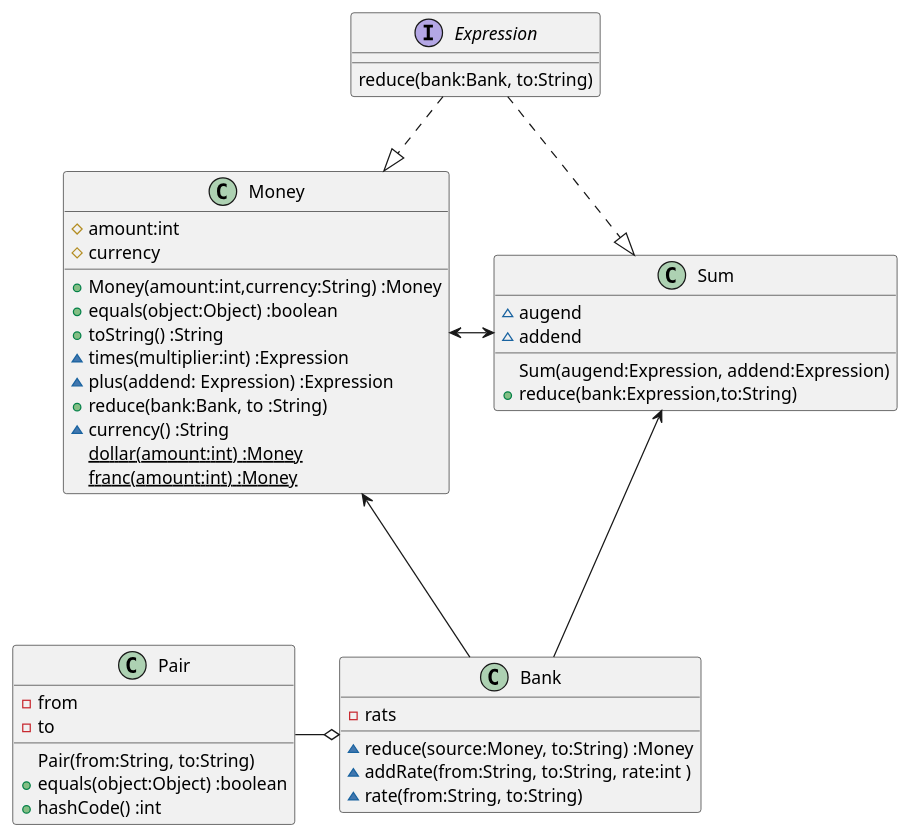
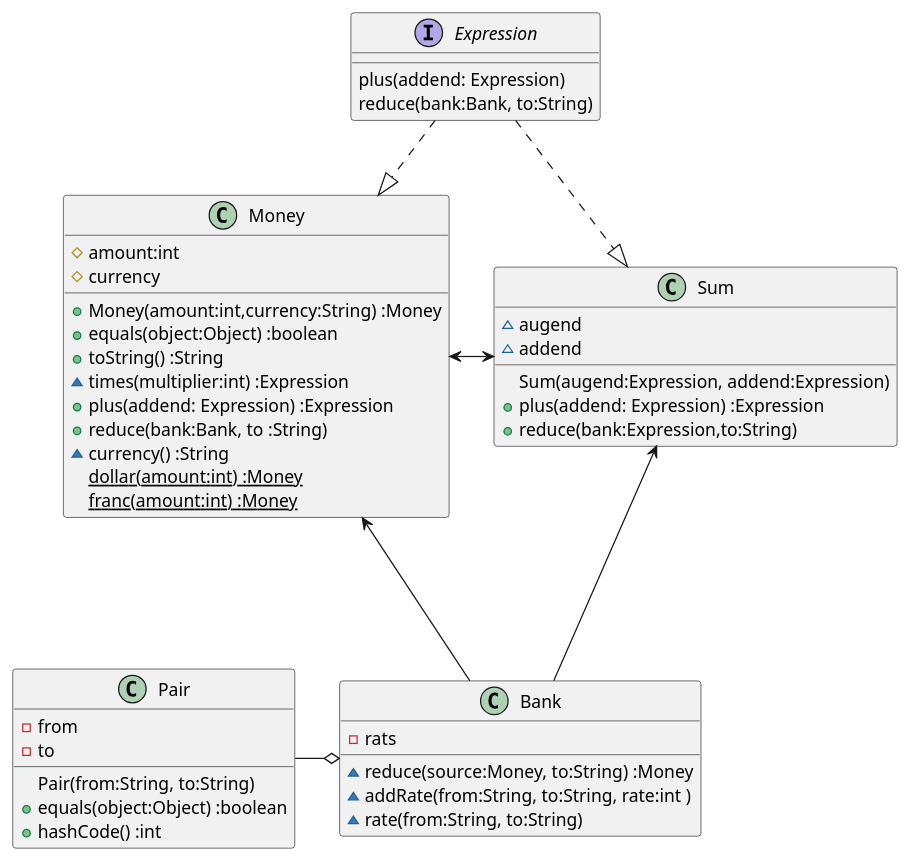
The first of 2 diagrams in docs/src/TDD.md (k2works/etude_for_java), drawn with PlantUML before and after one commit. The commit also changed 7 other files, not shown here.

````diff
--- a/docs/src/TDD.md
+++ b/docs/src/TDD.md
@@ -51,43 +51,45 @@
 ```puml
 interface Expression {
+  plus(addend: Expression)
   reduce(bank:Bank, to:String)
 }
 class Money {
   #amount:int
   #currency  
   +Money(amount:int,currency:String) :Money
   +equals(object:Object) :boolean  
   +toString() :String
   ~times(multiplier:int) :Expression
-  ~plus(addend: Expression) :Expression
+  +plus(addend: Expression) :Expression
   +reduce(bank:Bank, to :String)      
   ~currency() :String
   {static} dollar(amount:int) :Money
   {static} franc(amount:int) :Money  
 }
 class Bank {
   -rats
   ~reduce(source:Money, to:String) :Money
   ~addRate(from:String, to:String, rate:int )
   ~rate(from:String, to:String)
 }
 class Sum {
   ~augend
   ~addend
   Sum(augend:Expression, addend:Expression)
+  +plus(addend: Expression) :Expression  
   +reduce(bank:Expression,to:String)
 }
 class Pair {
   -from
   -to
   Pair(from:String, to:String)
   +equals(object:Object) :boolean
   +hashCode() :int
 }
 Expression ..|> Money
 Expression ..|> Sum
 Money <-> Sum
 Sum <--- Bank
 Money <--- Bank
 Bank o-l Pair
 ```
````
